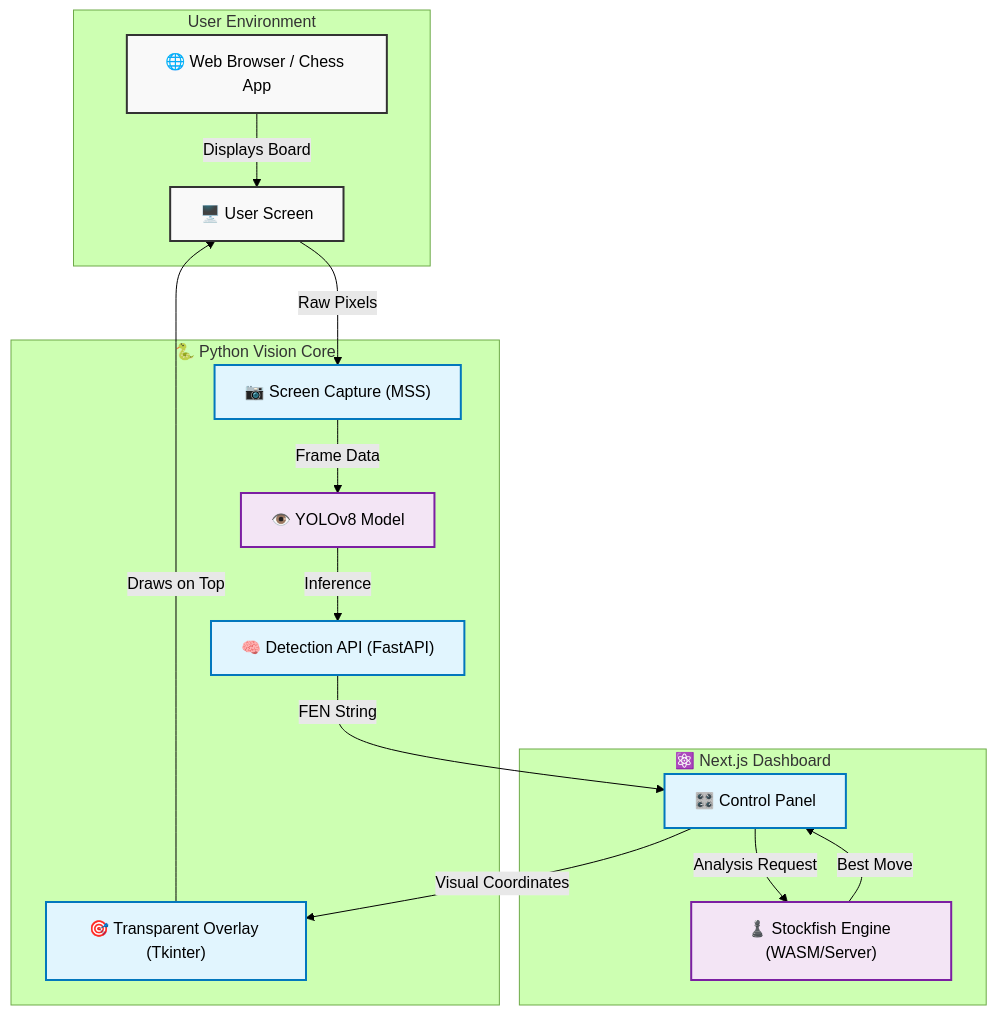
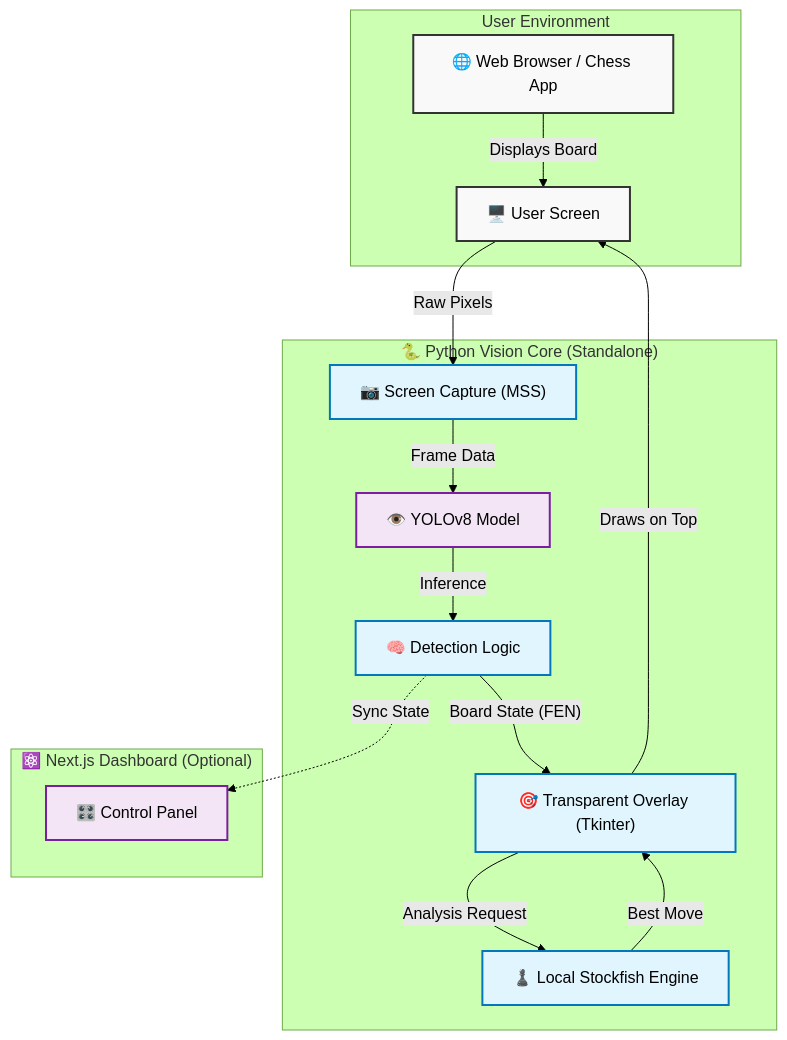
The diagram in README.md (editzinter/moveOverlay), drawn with Mermaid (forest theme) before and after one commit. The commit also changed other lines of this file, not shown here.

Commit message:
Docs: Update README to correctly state Python app is standalone and Next.js is optional

````diff
--- a/README.md
+++ b/README.md
@@ -43,40 +43,41 @@
 ```mermaid
 graph TD
     %% Styling
     classDef userLayer fill:#f9f9f9,stroke:#333,stroke-width:2px,color:#000;
     classDef core fill:#e1f5fe,stroke:#0277bd,stroke-width:2px,color:#000;
     classDef ai fill:#f3e5f5,stroke:#7b1fa2,stroke-width:2px,color:#000;
 
     subgraph UserSpace ["User Environment"]
         Screen["🖥️ User Screen"]
         Browser["🌐 Web Browser / Chess App"]
     end
 
-    subgraph Backend ["🐍 Python Vision Core"]
+    subgraph Backend ["🐍 Python Vision Core (Standalone)"]
         Capture["📷 Screen Capture (MSS)"]
         YOLO["👁️ YOLOv8 Model"]
-        API["🧠 Detection API (FastAPI)"]
+        API["🧠 Detection Logic"]
         Overlay["🎯 Transparent Overlay (Tkinter)"]
+        LocalStockfish["♟️ Local Stockfish Engine"]
     end
 
-    subgraph Frontend ["⚛️ Next.js Dashboard"]
+    subgraph Frontend ["⚛️ Next.js Dashboard (Optional)"]
         UI["🎛️ Control Panel"]
-        Stockfish["♟️ Stockfish Engine (WASM/Server)"]
     end
 
     %% Connections
     Browser -- "Displays Board" --> Screen
     Screen -- "Raw Pixels" --> Capture
     Capture -- "Frame Data" --> YOLO
     YOLO -- "Inference" --> API
-    API -- "FEN String" --> UI
-    UI -- "Analysis Request" --> Stockfish
-    Stockfish -- "Best Move" --> UI
-    UI -- "Visual Coordinates" --> Overlay
+    API -- "Board State (FEN)" --> Overlay
+    Overlay -- "Analysis Request" --> LocalStockfish
+    LocalStockfish -- "Best Move" --> Overlay
     Overlay -- "Draws on Top" --> Screen
+    
+    API -. "Sync State" .-> UI
 
     %% Assign Classes
     class Screen,Browser userLayer;
-    class Capture,API,Overlay,UI core;
-    class YOLO,Stockfish ai;
+    class Capture,API,Overlay,LocalStockfish core;
+    class YOLO,UI ai;
 ```
````
